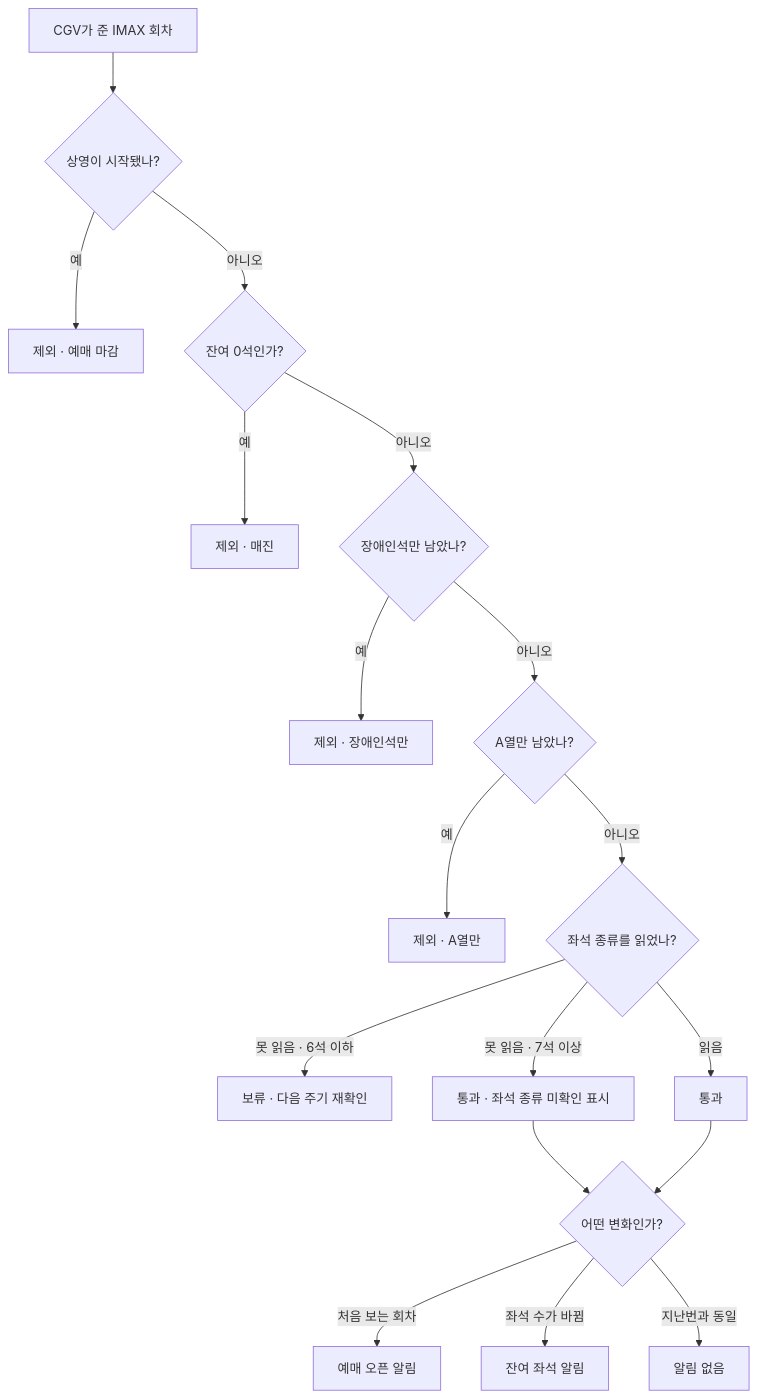
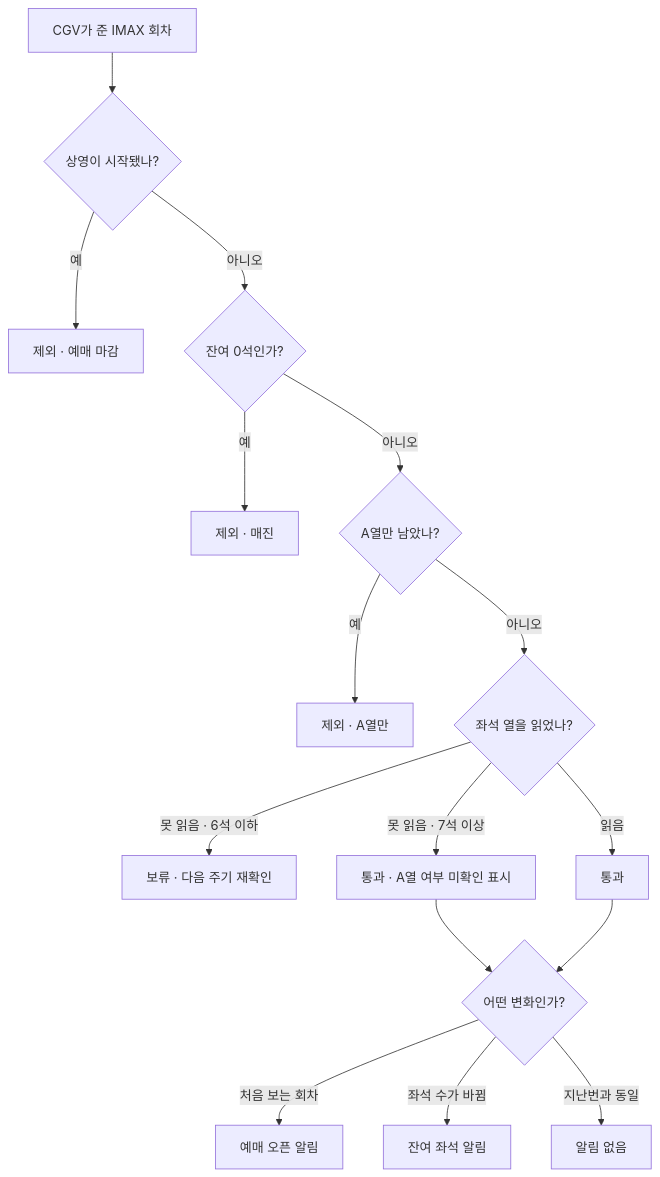
One commit to yuemyname/yongam-bot changed the third of 5 diagrams in docs/alert-flow.md. Above: the diagram before and after it, drawn with Mermaid. The commit also changed other lines of this file and 5 other files, not shown here.

````diff
--- a/docs/alert-flow.md
+++ b/docs/alert-flow.md
@@ -54,20 +54,18 @@
 ```mermaid
 flowchart TD
     S[CGV가 준 IMAX 회차] --> G1{상영이 시작됐나?}
     G1 -->|예| X1[제외 · 예매 마감]
     G1 -->|아니오| G2{잔여 0석인가?}
     G2 -->|예| X2[제외 · 매진]
-    G2 -->|아니오| G3{장애인석만 남았나?}
-    G3 -->|예| X3[제외 · 장애인석만]
-    G3 -->|아니오| G4{A열만 남았나?}
+    G2 -->|아니오| G4{A열만 남았나?}
     G4 -->|예| X4[제외 · A열만]
-    G4 -->|아니오| G5{좌석 종류를 읽었나?}
+    G4 -->|아니오| G5{좌석 열을 읽었나?}
     G5 -->|못 읽음 · 6석 이하| H1[보류 · 다음 주기 재확인]
-    G5 -->|못 읽음 · 7석 이상| P1[통과 · 좌석 종류 미확인 표시]
+    G5 -->|못 읽음 · 7석 이상| P1[통과 · A열 여부 미확인 표시]
     G5 -->|읽음| P2[통과]
     P1 --> R{어떤 변화인가?}
     P2 --> R
     R -->|처음 보는 회차| A1[예매 오픈 알림]
     R -->|좌석 수가 바뀜| A2[잔여 좌석 알림]
     R -->|지난번과 동일| N[알림 없음]
 ```
````
